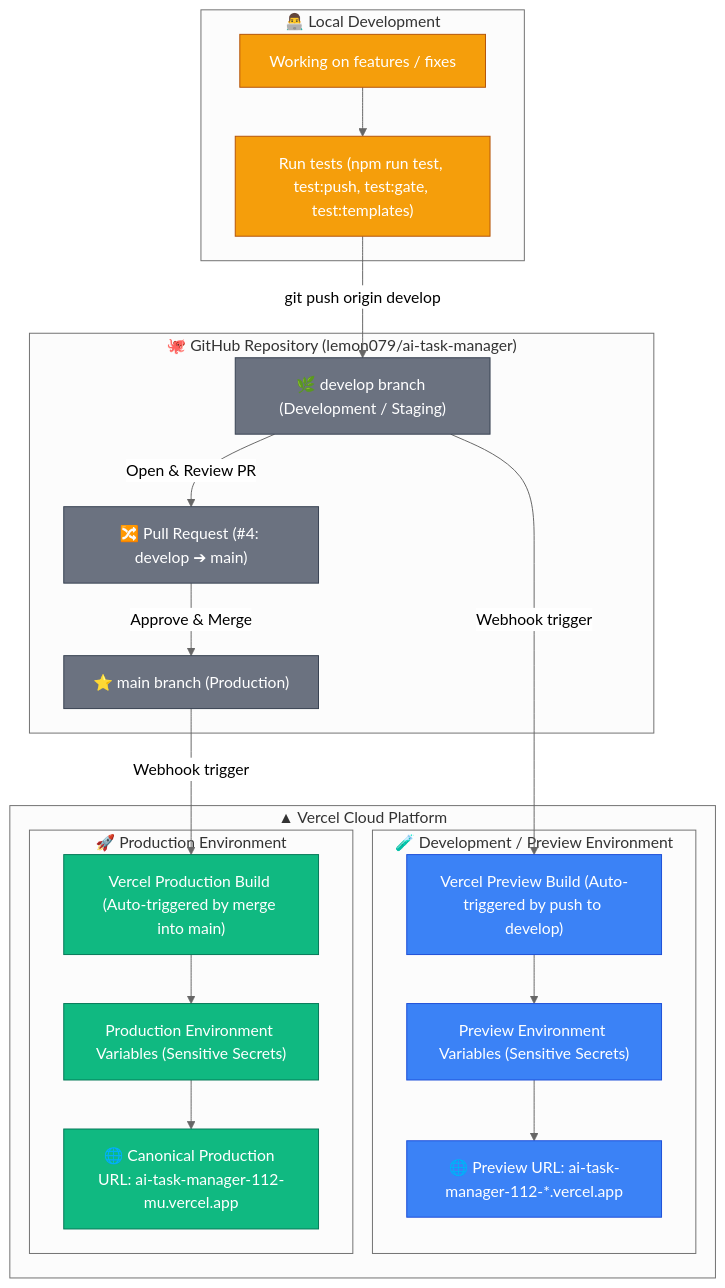
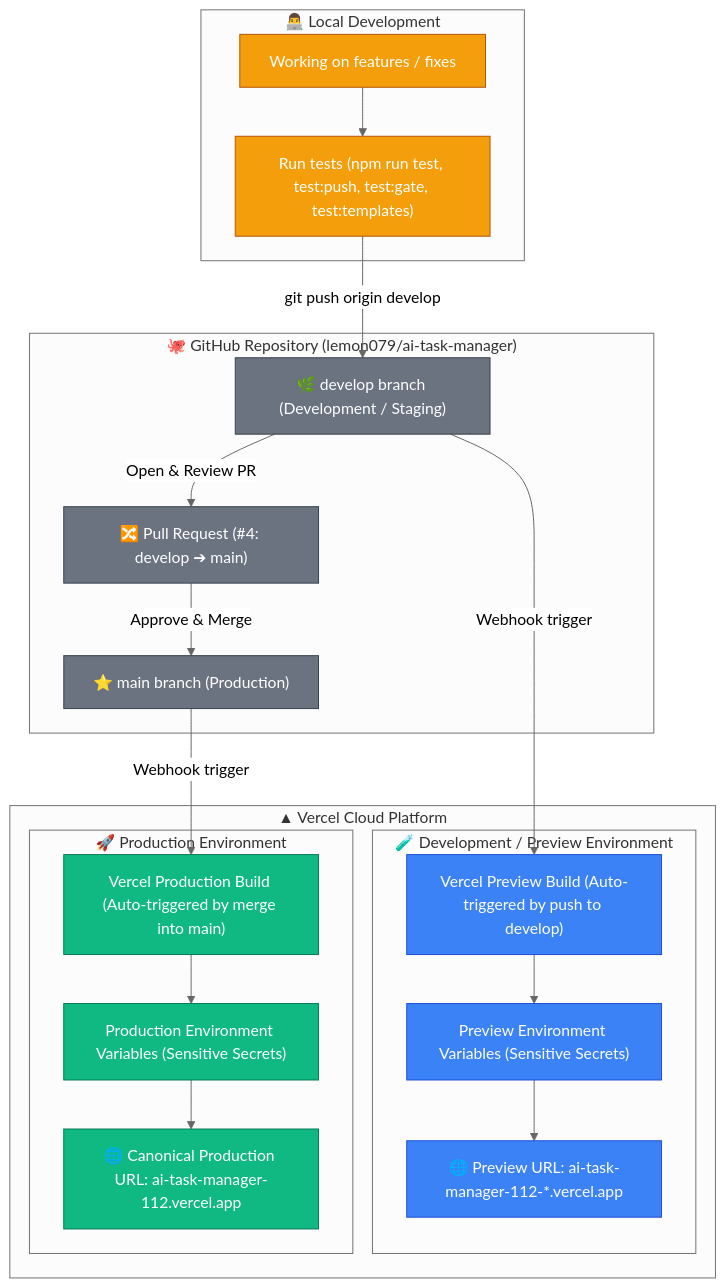
One commit to lemon079/ai-task-manager changed the diagram in docs/DEPLOYMENT_PIPELINE.md. Above: the diagram before and after it, drawn with Mermaid (neutral theme). The commit also changed other lines of this file, not shown here.

Commit message:
docs: update canonical production domain to ai-task-manager-112.vercel.app

````diff
--- a/docs/DEPLOYMENT_PIPELINE.md
+++ b/docs/DEPLOYMENT_PIPELINE.md
@@ -9,52 +9,52 @@
 ```mermaid
 flowchart TD
     subgraph Local["👨‍💻 Local Development"]
         LocalDev["Working on features / fixes"]
         LocalTest["Run tests (npm run test, test:push, test:gate, test:templates)"]
         LocalDev --> LocalTest
     end
 
     subgraph GitHub["🐙 GitHub Repository (lemon079/ai-task-manager)"]
         DevBranch["🌿 develop branch (Development / Staging)"]
         PR["🔀 Pull Request (#4: develop ➔ main)"]
         MainBranch["⭐ main branch (Production)"]
 
         DevBranch -->|"Open & Review PR"| PR
         PR -->|"Approve & Merge"| MainBranch
     end
 
     subgraph VercelEnvironments["▲ Vercel Cloud Platform"]
         subgraph DevEnv["🧪 Development / Preview Environment"]
             VercelPreviewBuild["Vercel Preview Build (Auto-triggered by push to develop)"]
             PreviewEnvs["Preview Environment Variables (Sensitive Secrets)"]
             PreviewDomain["🌐 Preview URL: ai-task-manager-112-*.vercel.app"]
 
             VercelPreviewBuild --> PreviewEnvs
             PreviewEnvs --> PreviewDomain
         end
 
         subgraph ProdEnv["🚀 Production Environment"]
             VercelProdBuild["Vercel Production Build (Auto-triggered by merge into main)"]
             ProdEnvs["Production Environment Variables (Sensitive Secrets)"]
-            ProdDomain["🌐 Canonical Production URL: ai-task-manager-112-mu.vercel.app"]
+            ProdDomain["🌐 Canonical Production URL: ai-task-manager-112.vercel.app"]
 
             VercelProdBuild --> ProdEnvs
             ProdEnvs --> ProdDomain
         end
     end
 
     %% Connections
     LocalTest -->|"git push origin develop"| DevBranch
     DevBranch -->|"Webhook trigger"| VercelPreviewBuild
     MainBranch -->|"Webhook trigger"| VercelProdBuild
 
     classDef dev fill:#3b82f6,stroke:#1d4ed8,color:#fff;
     classDef prod fill:#10b981,stroke:#047857,color:#fff;
     classDef github fill:#6b7280,stroke:#374151,color:#fff;
     classDef local fill:#f59e0b,stroke:#b45309,color:#fff;
 
     class LocalDev,LocalTest local;
     class DevBranch,PR,MainBranch github;
     class VercelPreviewBuild,PreviewEnvs,PreviewDomain dev;
     class VercelProdBuild,ProdEnvs,ProdDomain prod;
 ```
````
